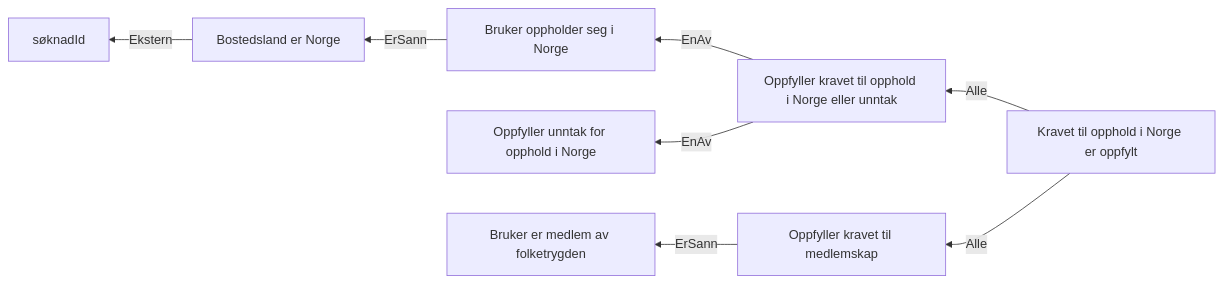
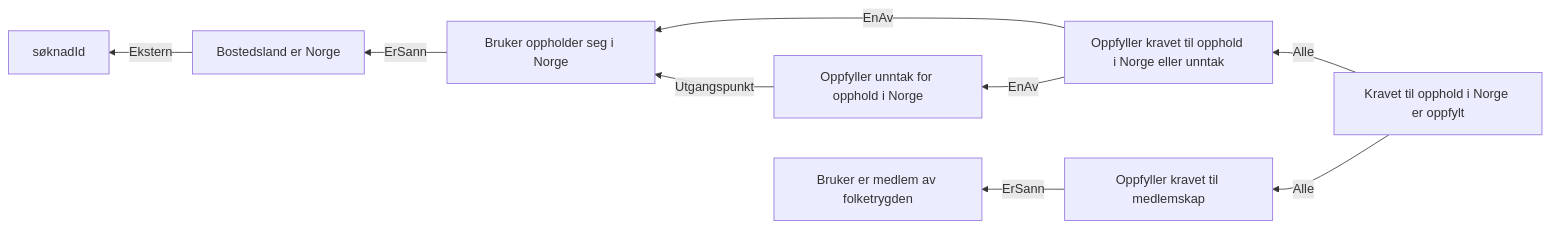
One commit to navikt/dp-behandling changed the diagram in docs/regler/§ 4-2. Opphold i Norge.approved.md. Above: the diagram before and after it, drawn with Mermaid. The commit also changed 12 other files, not shown here.

Commit message:
Koble unntakene til vilkårene de er unntak for

````diff
--- a/docs/regler/§ 4-2. Opphold i Norge.approved.md
+++ b/docs/regler/§ 4-2. Opphold i Norge.approved.md
@@ -5,10 +5,11 @@
 ```mermaid
 graph RL
   A["Bostedsland er Norge"] -->|"Ekstern"| B["søknadId"]
   C["Bruker oppholder seg i Norge"] -->|"ErSann"| A["Bostedsland er Norge"]
-  D["Oppfyller kravet til opphold i Norge eller unntak"] -->|"EnAv"| C["Bruker oppholder seg i Norge"]
-  D["Oppfyller kravet til opphold i Norge eller unntak"] -->|"EnAv"| E["Oppfyller unntak for opphold i Norge"]
+  D["Oppfyller unntak for opphold i Norge"] -->|"Utgangspunkt"| C["Bruker oppholder seg i Norge"]
+  E["Oppfyller kravet til opphold i Norge eller unntak"] -->|"EnAv"| C["Bruker oppholder seg i Norge"]
+  E["Oppfyller kravet til opphold i Norge eller unntak"] -->|"EnAv"| D["Oppfyller unntak for opphold i Norge"]
   F["Oppfyller kravet til medlemskap"] -->|"ErSann"| G["Bruker er medlem av folketrygden"]
-  H["Kravet til opphold i Norge er oppfylt"] -->|"Alle"| D["Oppfyller kravet til opphold i Norge eller unntak"]
+  H["Kravet til opphold i Norge er oppfylt"] -->|"Alle"| E["Oppfyller kravet til opphold i Norge eller unntak"]
   H["Kravet til opphold i Norge er oppfylt"] -->|"Alle"| F["Oppfyller kravet til medlemskap"]
 ```
````
